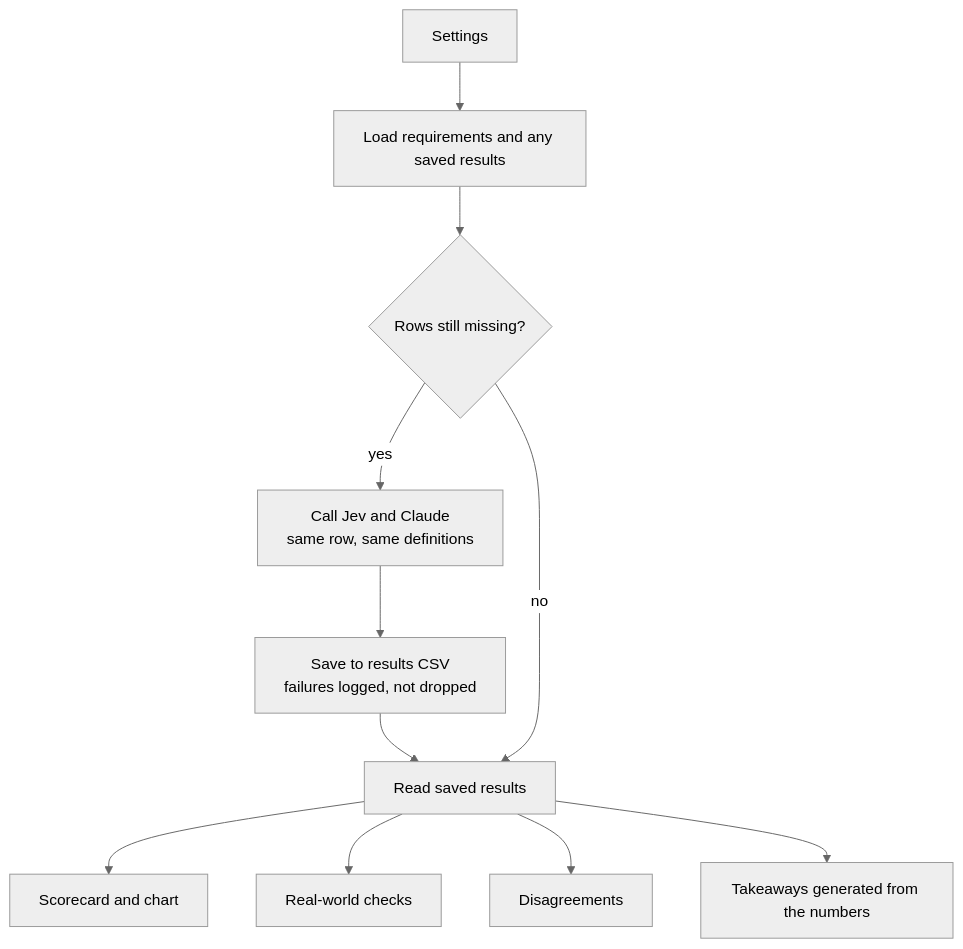
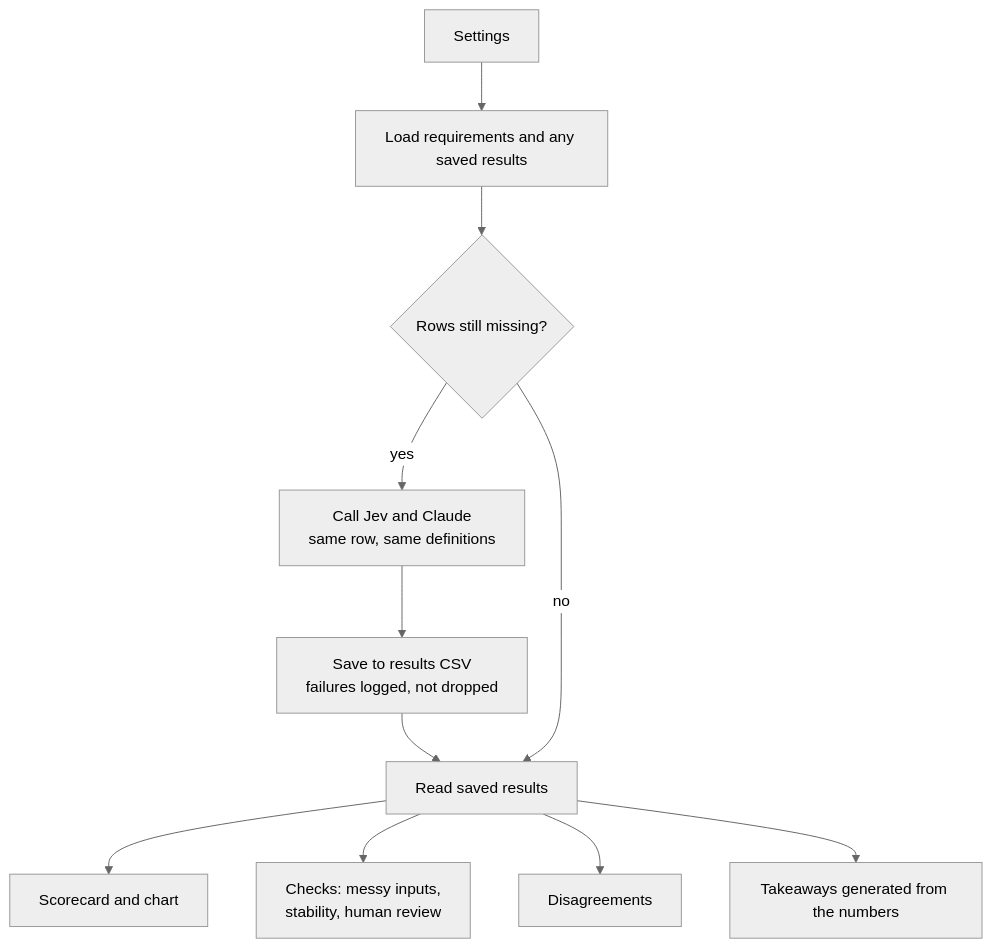
The diagram in README.md (akshathaprabhu22/Faster-cheaper-classification-is-a-decision-model-good-enough-Jev-vs-Claude), drawn with Mermaid (neutral theme) before and after one commit. The commit also changed 1 other file, not shown here.

Commit message:
Clarify section 6 (human review) and simplify check headings

````diff
--- a/README.md
+++ b/README.md
@@ -45,13 +45,13 @@
 ```mermaid
 flowchart TD
     A[Settings] --> B[Load requirements and any saved results]
     B --> C{Rows still missing?}
     C -- yes --> D[Call Jev and Claude<br/>same row, same definitions]
     D --> E[Save to results CSV<br/>failures logged, not dropped]
     E --> F[Read saved results]
     C -- no --> F
     F --> G[Scorecard and chart]
-    F --> H[Real-world checks]
+    F --> H[Checks: messy inputs,<br/>stability, human review]
     F --> I[Disagreements]
     F --> J[Takeaways generated from the numbers]
 ```
````
